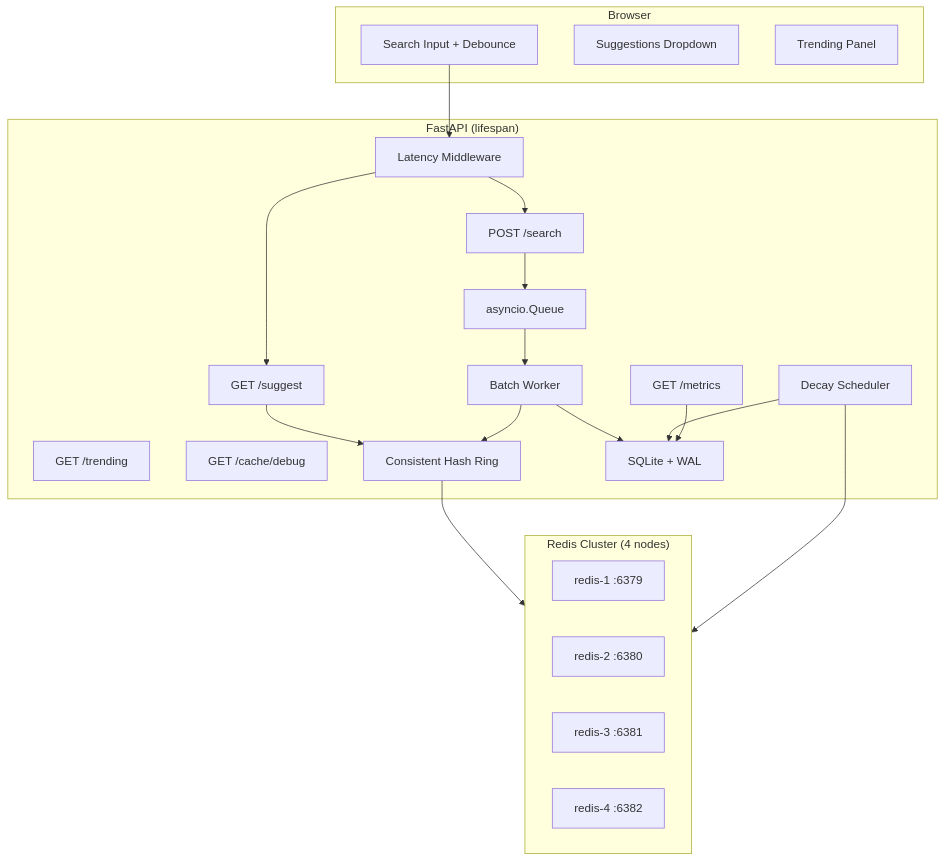
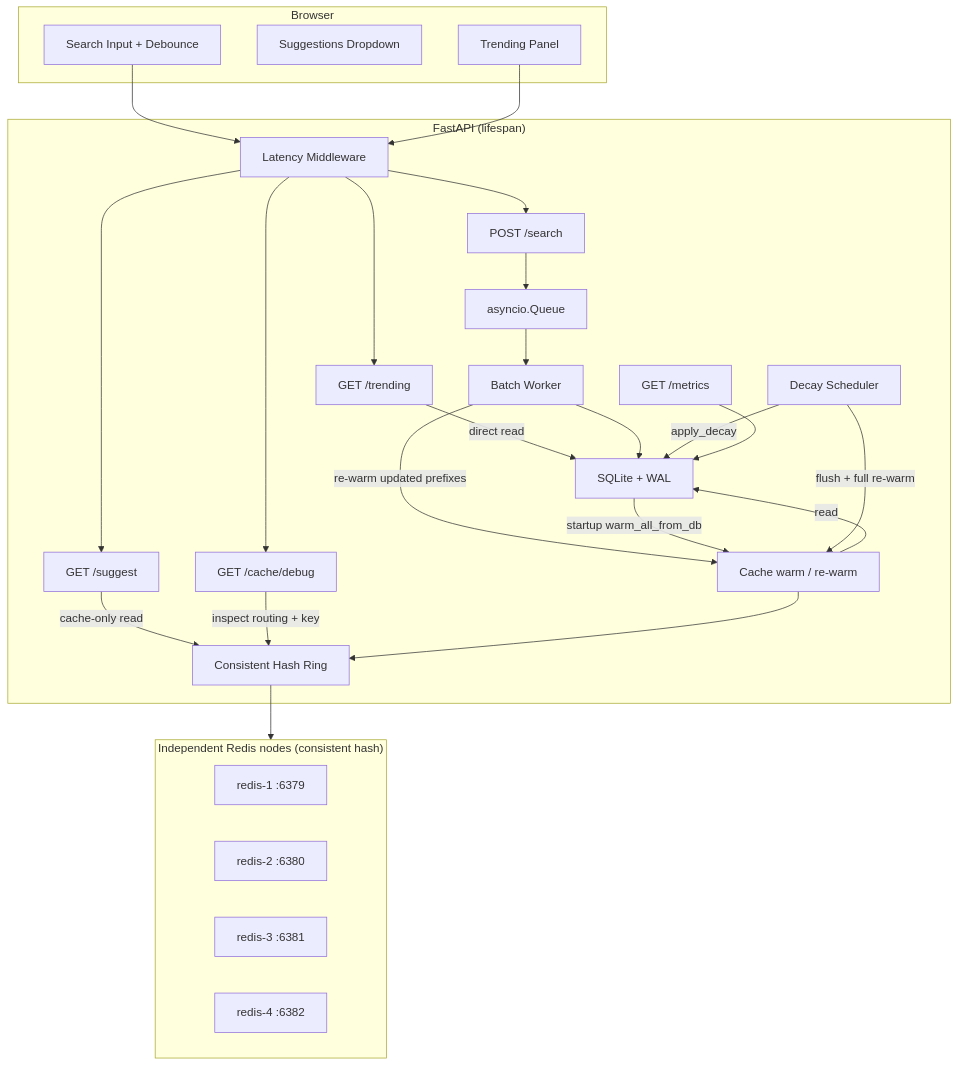
One commit to mrind3v/search-typeahead-system changed the diagram in architecture.md. Above: the diagram before and after it, drawn with Mermaid. The commit also changed other lines of this file and 14 other files, not shown here.

First line of the commit message:
fix: align cache-only /suggest tests and docs with explicit warming

````diff
--- a/architecture.md
+++ b/architecture.md
@@ -5,41 +5,57 @@
 ```mermaid
 flowchart TB
     subgraph Client["Browser"]
         SI["Search Input + Debounce"]
         SD["Suggestions Dropdown"]
         TP["Trending Panel"]
     end
 
     subgraph FastAPI["FastAPI (lifespan)"]
         MW["Latency Middleware"]
         SR["GET /suggest"]
         SER["POST /search"]
         TR["GET /trending"]
         DR["GET /cache/debug"]
         MR["GET /metrics"]
 
         Q["asyncio.Queue"]
         BW["Batch Worker"]
         DS["Decay Scheduler"]
+        WARM["Cache warm / re-warm"]
 
         CH["Consistent Hash Ring"]
         DB["SQLite + WAL"]
     end
 
-    subgraph Redis["Redis Cluster (4 nodes)"]
+    subgraph Redis["Independent Redis nodes (consistent hash)"]
         R1["redis-1 :6379"]
         R2["redis-2 :6380"]
         R3["redis-3 :6381"]
         R4["redis-4 :6382"]
     end
 
     SI --> MW
+    TP --> MW
     MW --> SR
     MW --> SER
-    SR --> CH --> Redis
+    MW --> TR
+    MW --> DR
+
+    SR -->|"cache-only read"| CH
+    DR -->|"inspect routing + key"| CH
+    CH --> Redis
+
+    TR -->|"direct read"| DB
+
     SER --> Q --> BW --> DB
-    BW --> CH
-    DS --> DB
-    DS --> Redis
+    BW -->|"re-warm updated prefixes"| WARM
+    WARM -->|"read"| DB
+    WARM --> CH
+
+    DB -->|"startup warm_all_from_db"| WARM
+
+    DS -->|"apply_decay"| DB
+    DS -->|"flush + full re-warm"| WARM
+
     MR --> DB
 ```
````
